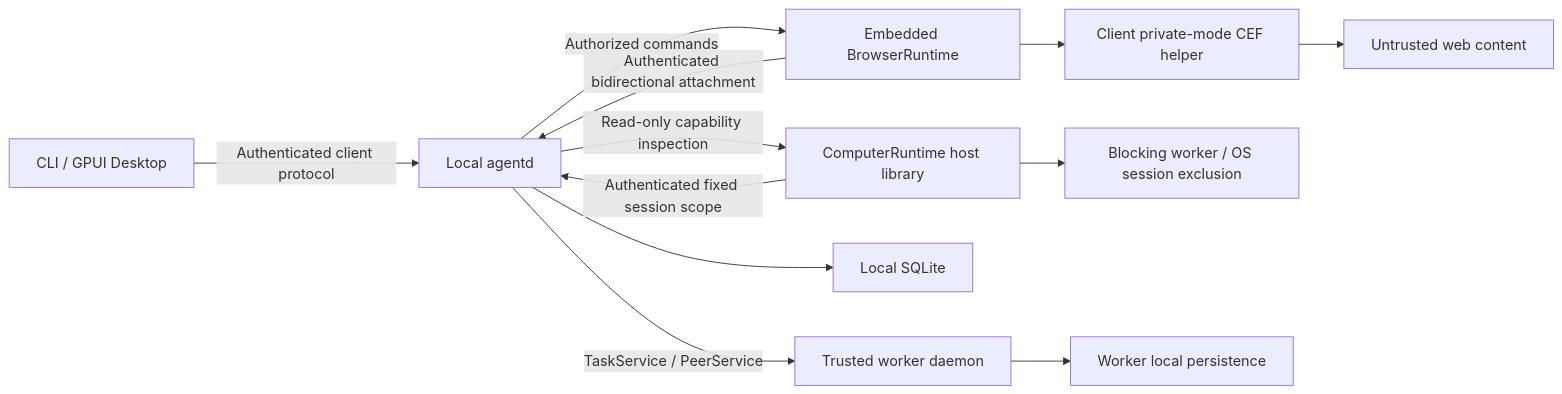
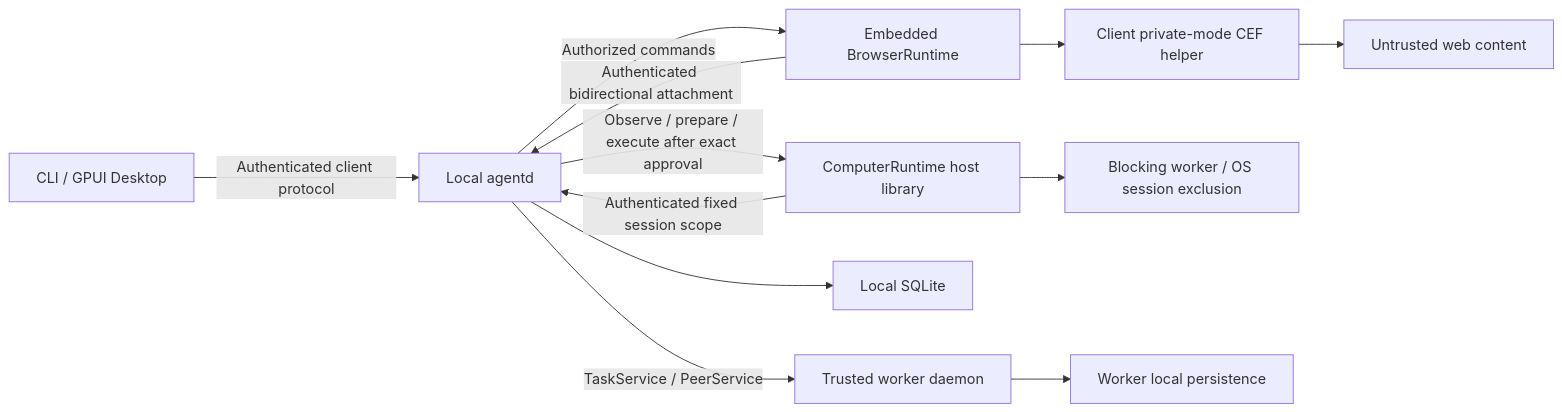
Before and after one commit to lyonbrown4d/lyonbrown: the fourth of 4 diagrams in docs/en/src/architecture.md, drawn with Mermaid. The commit also changed other lines of this file and 34 other files, not shown here.

Commit message:
feat(agentd): bind Computer tools to exact durable approvals

````diff
--- a/docs/en/src/architecture.md
+++ b/docs/en/src/architecture.md
@@ -149,14 +149,14 @@
 ```mermaid
 flowchart LR
     Client[CLI / GPUI Desktop] -->|Authenticated client protocol| Daemon[Local agentd]
     Runtime[Embedded BrowserRuntime] -->|Authenticated bidirectional attachment| Daemon
     Daemon -->|Authorized commands| Runtime
     Runtime --> Helper[Client private-mode CEF helper]
     Helper --> Web[Untrusted web content]
     Computer[ComputerRuntime host library] -->|Authenticated fixed session scope| Daemon
-    Daemon -->|Read-only capability inspection| Computer
+    Daemon -->|Observe / prepare / execute after exact approval| Computer
     Computer --> Native[Blocking worker / OS session exclusion]
     Daemon --> Local[Local SQLite]
     Daemon -->|TaskService / PeerService| Worker[Trusted worker daemon]
     Worker --> Remote[Worker local persistence]
 ```
````
